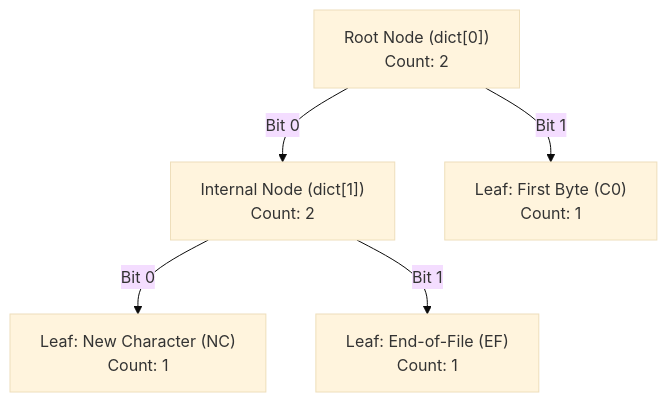
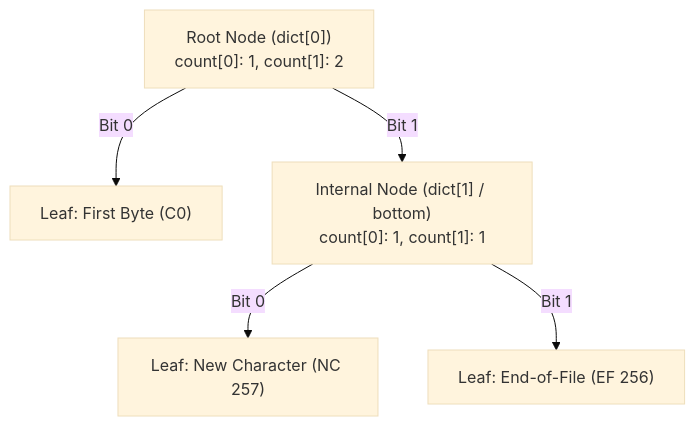
Before and after one commit to collectivetoolbox/collectivetoolbox: the diagram in src/formats/compression/data/docs/compact.md, drawn with Mermaid (base theme). The commit also changed other lines of this file and 1 other file, not shown here.

````diff
--- a/src/formats/compression/data/docs/compact.md
+++ b/src/formats/compression/data/docs/compact.md
@@ -152,7 +152,7 @@
 ```mermaid
 graph TD
-    N0["Root Node (dict[0])<br/>Count: 2"] -->|Bit 0| N1["Internal Node (dict[1])<br/>Count: 2"]
-    N0 -->|Bit 1| L_C0["Leaf: First Byte (C0)<br/>Count: 1"]
-    N1 -->|Bit 0| L_NC["Leaf: New Character (NC)<br/>Count: 1"]
-    N1 -->|Bit 1| L_EF["Leaf: End-of-File (EF)<br/>Count: 1"]
+    N0["Root Node (dict[0])<br/>count[0]: 1, count[1]: 2"] -->|Bit 0| L_C0["Leaf: First Byte (C0)"]
+    N0 -->|Bit 1| N1["Internal Node (dict[1] / bottom)<br/>count[0]: 1, count[1]: 1"]
+    N1 -->|Bit 0| L_NC["Leaf: New Character (NC 257)"]
+    N1 -->|Bit 1| L_EF["Leaf: End-of-File (EF 256)"]
 ```
````
